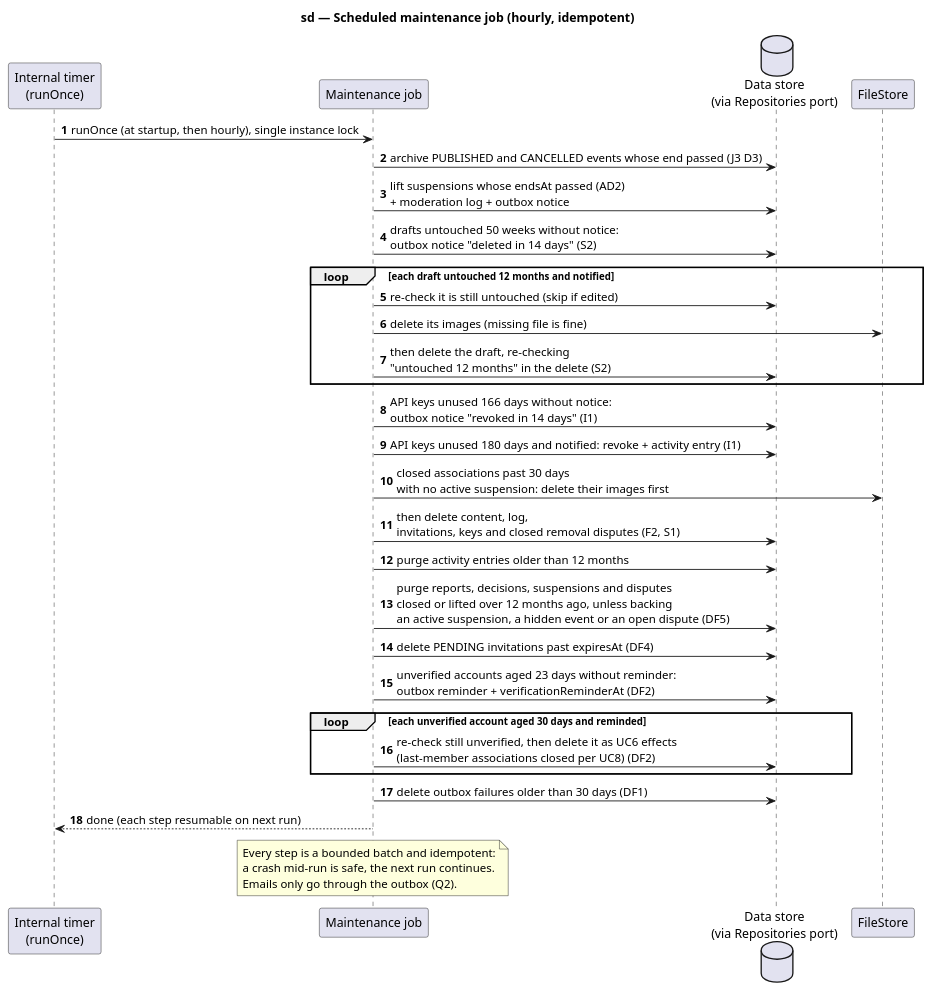
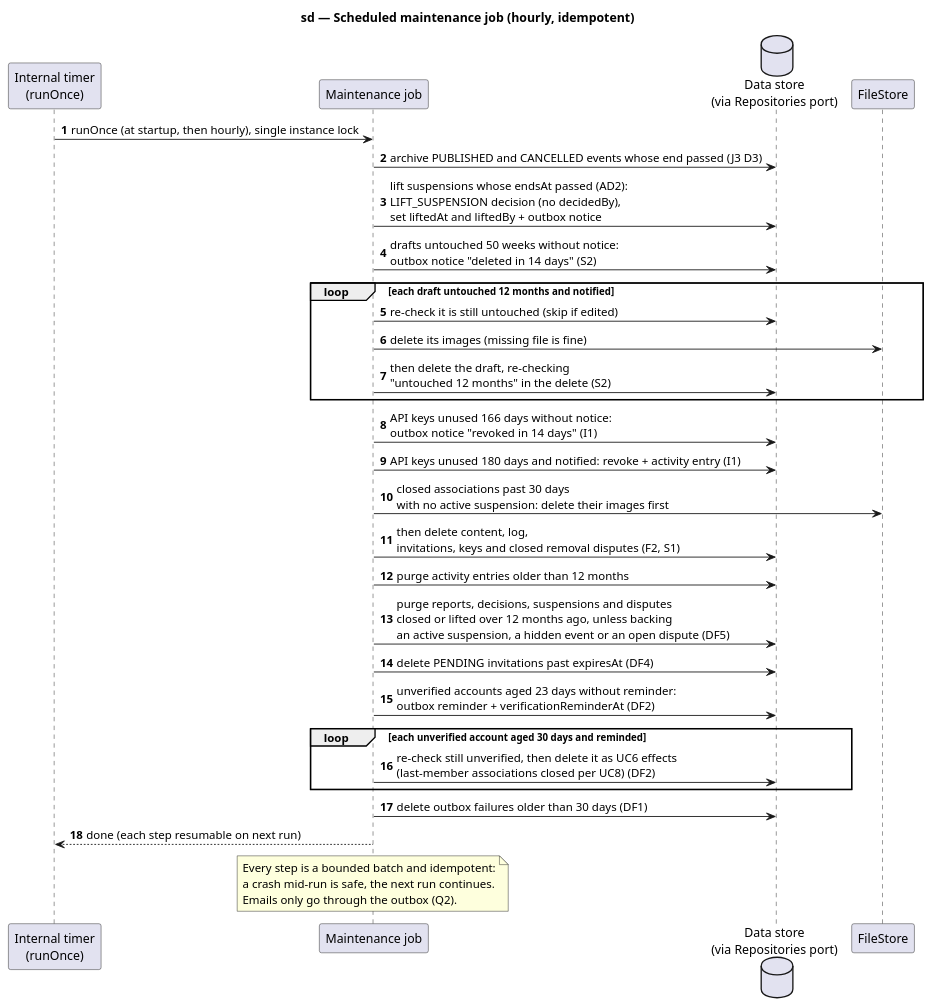
The diagram in docs/architecture/diagrams/v1-events/02d-sequence-scheduled-job.puml (benoit-bremaud/HappiHub), drawn with PlantUML before and after one commit. The commit also changed 5 other files, not shown here.

Commit message:
docs(uml): align super admin handover and suspension lift records

```diff
--- a/docs/architecture/diagrams/v1-events/02d-sequence-scheduled-job.puml
+++ b/docs/architecture/diagrams/v1-events/02d-sequence-scheduled-job.puml
@@ -1,37 +1,37 @@
 @startuml
 title sd — Scheduled maintenance job (hourly, idempotent)
 skinparam shadowing false
 autonumber
 participant "Internal timer\n(runOnce)" as S
 participant "Maintenance job" as J
 database "Data store\n(via Repositories port)" as D
 participant "FileStore" as F
 
 S -> J : runOnce (at startup, then hourly), single instance lock
 J -> D : archive PUBLISHED and CANCELLED events whose end passed (J3 D3)
-J -> D : lift suspensions whose endsAt passed (AD2)\n+ moderation log + outbox notice
+J -> D : lift suspensions whose endsAt passed (AD2):\nLIFT_SUSPENSION decision (no decidedBy),\nset liftedAt and liftedBy + outbox notice
 J -> D : drafts untouched 50 weeks without notice:\noutbox notice "deleted in 14 days" (S2)
 loop each draft untouched 12 months and notified
   J -> D : re-check it is still untouched (skip if edited)
   J -> F : delete its images (missing file is fine)
   J -> D : then delete the draft, re-checking\n"untouched 12 months" in the delete (S2)
 end
 J -> D : API keys unused 166 days without notice:\noutbox notice "revoked in 14 days" (I1)
 J -> D : API keys unused 180 days and notified: revoke + activity entry (I1)
 J -> F : closed associations past 30 days\nwith no active suspension: delete their images first
 J -> D : then delete content, log,\ninvitations, keys and closed removal disputes (F2, S1)
 J -> D : purge activity entries older than 12 months
 J -> D : purge reports, decisions, suspensions and disputes\nclosed or lifted over 12 months ago, unless backing\nan active suspension, a hidden event or an open dispute (DF5)
 J -> D : delete PENDING invitations past expiresAt (DF4)
 J -> D : unverified accounts aged 23 days without reminder:\noutbox reminder + verificationReminderAt (DF2)
 loop each unverified account aged 30 days and reminded
   J -> D : re-check still unverified, then delete it as UC6 effects\n(last-member associations closed per UC8) (DF2)
 end
 J -> D : delete outbox failures older than 30 days (DF1)
 J --> S : done (each step resumable on next run)
 note over J
   Every step is a bounded batch and idempotent:
   a crash mid-run is safe, the next run continues.
   Emails only go through the outbox (Q2).
 end note
 @enduml
```
